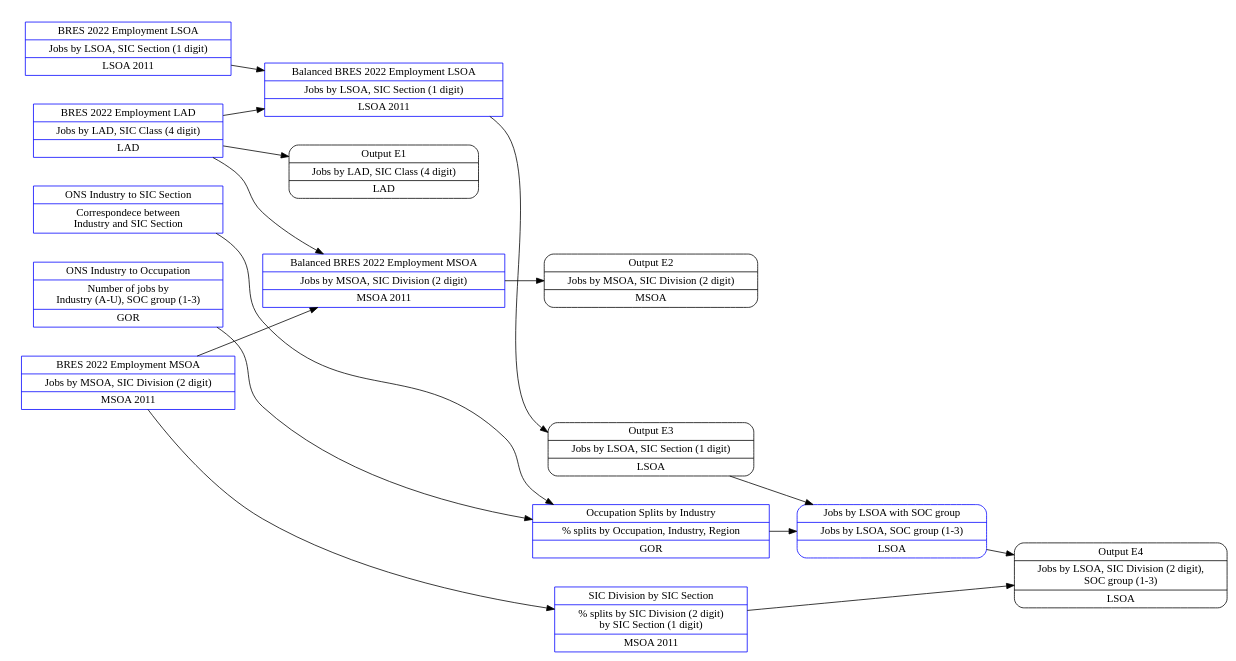
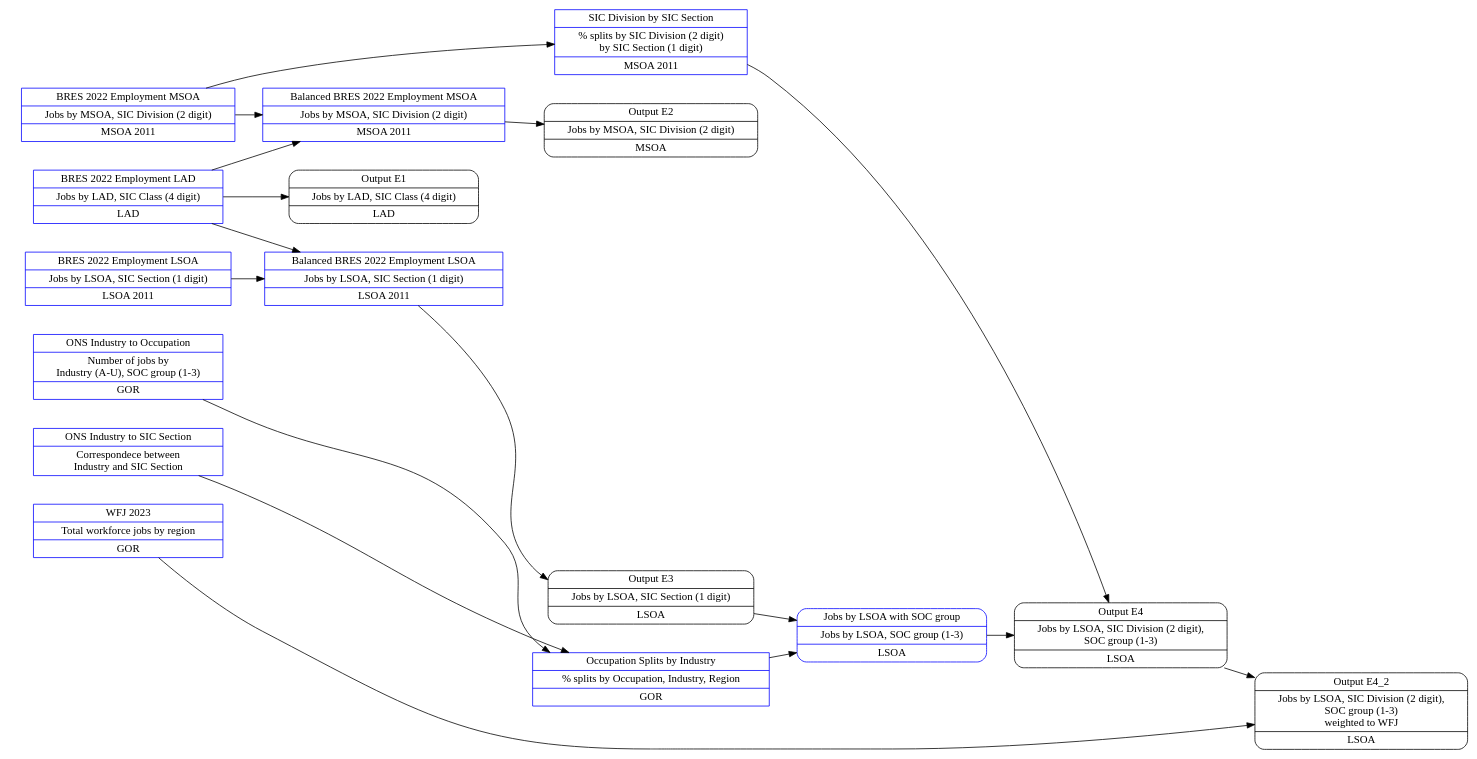
Before and after one commit to asongtoruin/Land-Use: the second of 2 diagrams in docs/base_model_structure.rst, drawn with Graphviz.

Commit message:
Updated flow chart to explain where Output E4_2 comes from

```diff
--- a/docs/base_model_structure.rst
+++ b/docs/base_model_structure.rst
@@ -109,68 +109,72 @@
 .. graphviz::
 
     digraph G {
         rankdir="LR"
         nodesep=0.5
         node [shape=record, color=blue width=3.4]
             subgraph cluster_inputs{
                 peripheries=0
                 rank="same"
 
                 table_1 [label="BRES 2022 Employment LAD|Jobs by LAD, SIC Class (4 digit)|LAD"];
                 table_2 [label="BRES 2022 Employment MSOA|Jobs by MSOA, SIC Division (2 digit)|MSOA 2011"];
                 table_3 [label="BRES 2022 Employment LSOA|Jobs by LSOA, SIC Section (1 digit)|LSOA 2011"];
                 table_5 [label="ONS Industry to SIC Section|Correspondece between\nIndustry and SIC Section"];
                 table_4 [label="ONS Industry to Occupation|Number of jobs by\nIndustry (A-U), SOC group (1-3)|GOR"];
+                wfj_2023 [label="WFJ 2023|Total workforce jobs by region|GOR"];
             }
             
         node [shape=record, color=blue width=3.4]
             subgraph cluster_inputs{
                 peripheries=0
                 rank="same"
                 table_2a [label="Balanced BRES 2022 Employment MSOA|Jobs by MSOA, SIC Division (2 digit)|MSOA 2011"];
                 table_3a [label="Balanced BRES 2022 Employment LSOA|Jobs by LSOA, SIC Section (1 digit)|LSOA 2011"];
             }
             
         node [shape=record, color=blue width=3.4]
             subgraph cluster_inputs{
                 peripheries=0
                 rank="same"
 
                 table_6 [label="Occupation Splits by Industry|% splits by Occupation, Industry, Region|GOR"];
                 table_8 [label="SIC Division by SIC Section|% splits by SIC Division (2 digit)\nby SIC Section (1 digit)|MSOA 2011"];
             
             }
         
         node [style=rounded, color=black]
                 subgraph cluster_inputs{
                 peripheries=0
                 rank="same"
                 output_e1 [label="Output E1|Jobs by LAD, SIC Class (4 digit)|LAD"];
                 output_e2 [label="Output E2|Jobs by MSOA, SIC Division (2 digit)|MSOA"];
                 output_e3 [label="Output E3|Jobs by LSOA, SIC Section (1 digit)|LSOA"];
             }
                 
         node [shape=record, color=blue width=3.4]
             table_7 [label="Jobs by LSOA with SOC group|Jobs by LSOA, SOC group (1-3)|LSOA"];
             
         node [style=rounded, color=black]
             output_e4 [label="Output E4|Jobs by LSOA, SIC Division (2 digit),\nSOC group (1-3)|LSOA"];
+            output_e4_2 [label="Output E4_2|Jobs by LSOA, SIC Division (2 digit),\nSOC group (1-3)\nweighted to WFJ|LSOA"];
         
         {rank="same" output_e3 table_6 table_8}    
 
         table_1 -> output_e1;
         table_1 -> table_2a;
         table_1 -> table_3a;
         table_2 -> table_2a;
         table_2a -> output_e2;
         table_3 -> table_3a;
         table_3a -> output_e3;
         table_4 -> table_6;
         table_5 -> table_6;
         output_e3 -> table_7;
         table_6 -> table_7;
         table_8 -> output_e4
         table_7 -> output_e4
         table_2 -> table_8
+        wfj_2023 -> output_e4_2
+        output_e4 -> output_e4_2
 
     }
```
